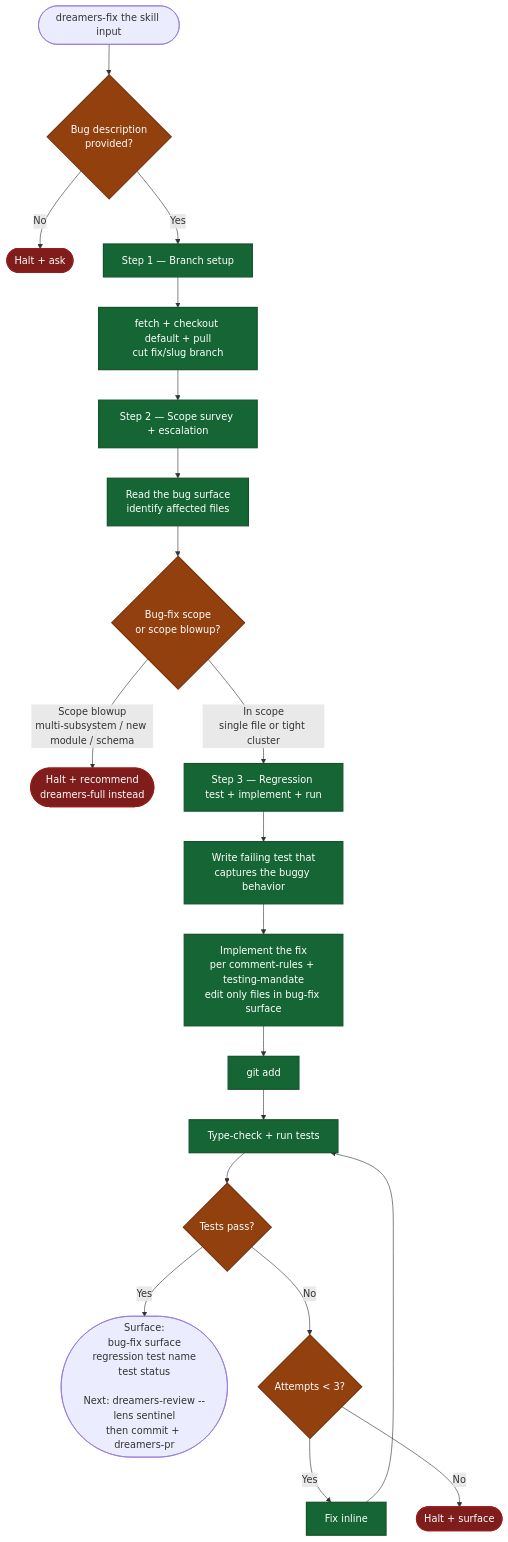
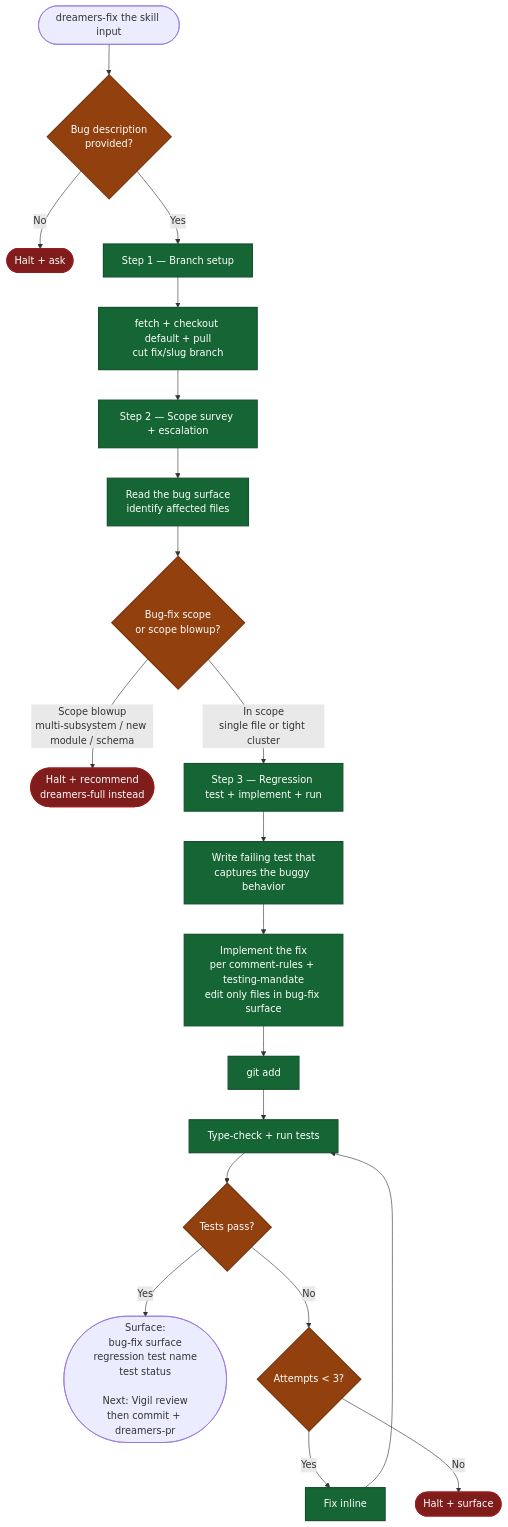
Before and after one commit to mrStorrs/dreamers-codex: the diagram in skills/dreamers-fix/readme.md, drawn with Mermaid. The commit also changed other lines of this file and 14 other files, not shown here.

````diff
--- a/skills/dreamers-fix/readme.md
+++ b/skills/dreamers-fix/readme.md
@@ -5,33 +5,33 @@
 ```mermaid
 flowchart TD
     Start(["dreamers-fix the skill input"]) --> ArgCheck{"Bug description<br/>provided?"}
     ArgCheck -->|No| HaltA(["Halt + ask"])
     ArgCheck -->|Yes| S1
 
     S1["Step 1 — Branch setup"] --> Branch["fetch + checkout default + pull<br/>cut fix/slug branch"]
     Branch --> S2
 
     S2["Step 2 — Scope survey + escalation"] --> Survey["Read the bug surface<br/>identify affected files"]
     Survey --> ScopeCheck{"Bug-fix scope<br/>or scope blowup?"}
     ScopeCheck -->|"Scope blowup<br/>multi-subsystem / new module / schema"| HaltB(["Halt + recommend<br/>dreamers-full instead"])
     ScopeCheck -->|"In scope<br/>single file or tight cluster"| S3
 
     S3["Step 3 — Regression test + implement + run"] --> WriteTest["Write failing test that<br/>captures the buggy behavior"]
     WriteTest --> Implement["Implement the fix<br/>per comment-rules + testing-mandate<br/>edit only files in bug-fix surface"]
     Implement --> Stage["git add"]
     Stage --> RunTests["Type-check + run tests"]
     RunTests --> TestResult{"Tests pass?"}
-    TestResult -->|Yes| End(["Surface:<br/>bug-fix surface<br/>regression test name<br/>test status<br/><br/>Next: dreamers-review --lens sentinel<br/>then commit + dreamers-pr"])
+    TestResult -->|Yes| End(["Surface:<br/>bug-fix surface<br/>regression test name<br/>test status<br/><br/>Next: Vigil review<br/>then commit + dreamers-pr"])
     TestResult -->|No| AttemptCheck{"Attempts < 3?"}
     AttemptCheck -->|Yes| FixInline["Fix inline"]
     FixInline --> RunTests
     AttemptCheck -->|No| HaltC(["Halt + surface"])
 
     classDef gate fill:#92400e,stroke:#78350f,stroke-width:2px,color:#fff
     classDef halt fill:#7f1d1d,stroke:#991b1b,stroke-width:2px,color:#fff
     classDef phase fill:#166534,stroke:#14532d,stroke-width:2px,color:#fff
 
     class ArgCheck,ScopeCheck,TestResult,AttemptCheck gate
     class HaltA,HaltB,HaltC halt
     class S1,S2,S3,Branch,Survey,WriteTest,Implement,Stage,RunTests,FixInline phase
 ```
````
